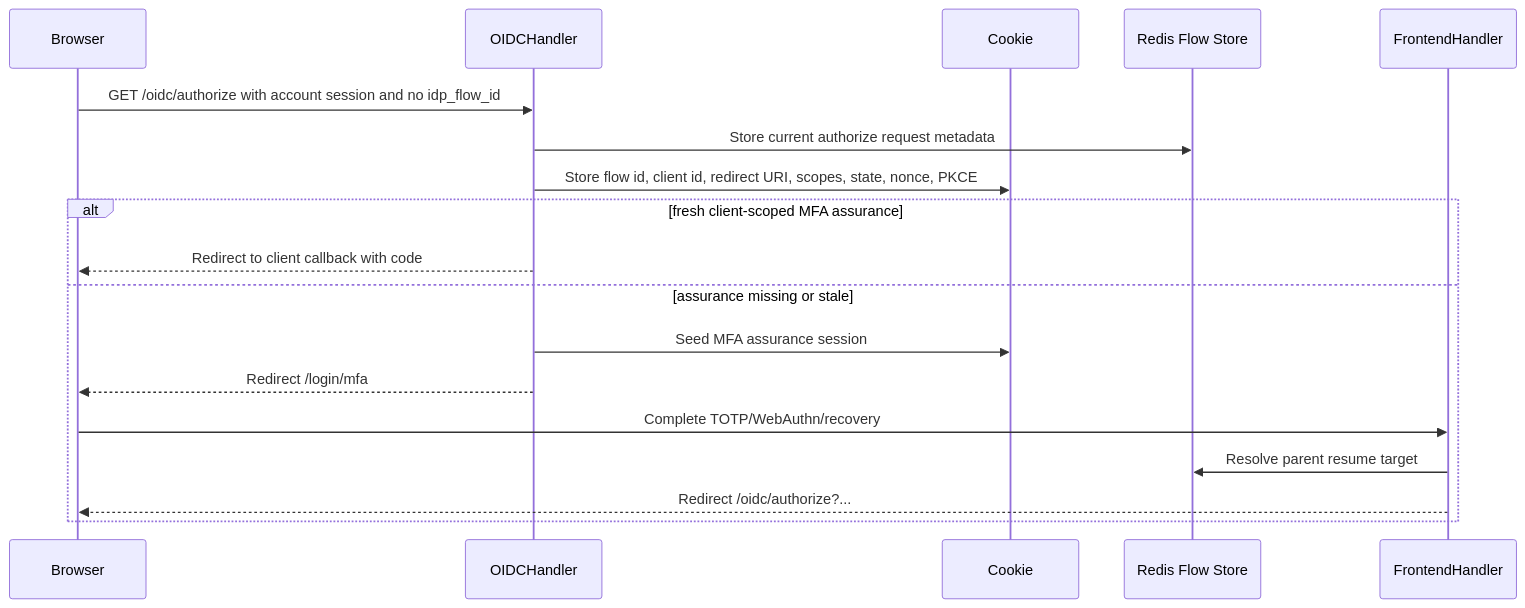
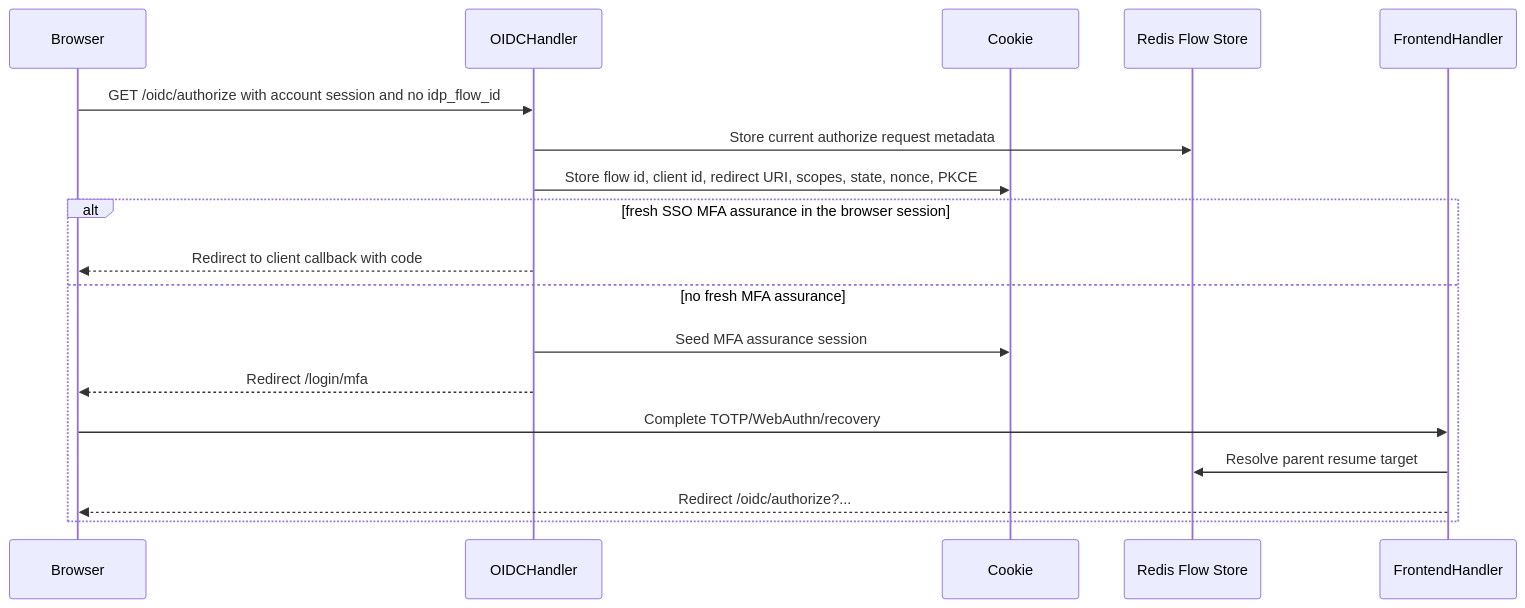
The third of 9 diagrams in server/docs/development/idp-mfa-flow.md (croessner/nauthilus), drawn with Mermaid before and after one commit. The commit also changed other lines of this file and 22 other files, not shown here.

First line of the commit message:
Fix: Separate MFA enrollment from step-up assurance

````diff
--- a/server/docs/development/idp-mfa-flow.md
+++ b/server/docs/development/idp-mfa-flow.md
@@ -120,21 +122,21 @@
 ```mermaid
 sequenceDiagram
   participant Browser
   participant OIDC as OIDCHandler
   participant Cookie
   participant FlowStore as Redis Flow Store
   participant Frontend as FrontendHandler
 
   Browser->>OIDC: GET /oidc/authorize with account session and no idp_flow_id
   OIDC->>FlowStore: Store current authorize request metadata
   OIDC->>Cookie: Store flow id, client id, redirect URI, scopes, state, nonce, PKCE
-  alt fresh client-scoped MFA assurance
+  alt fresh SSO MFA assurance in the browser session
     OIDC-->>Browser: Redirect to client callback with code
-  else assurance missing or stale
+  else no fresh MFA assurance
     OIDC->>Cookie: Seed MFA assurance session
     OIDC-->>Browser: Redirect /login/mfa
     Browser->>Frontend: Complete TOTP/WebAuthn/recovery
     Frontend->>FlowStore: Resolve parent resume target
     Frontend-->>Browser: Redirect /oidc/authorize?...
   end
 ```
````
